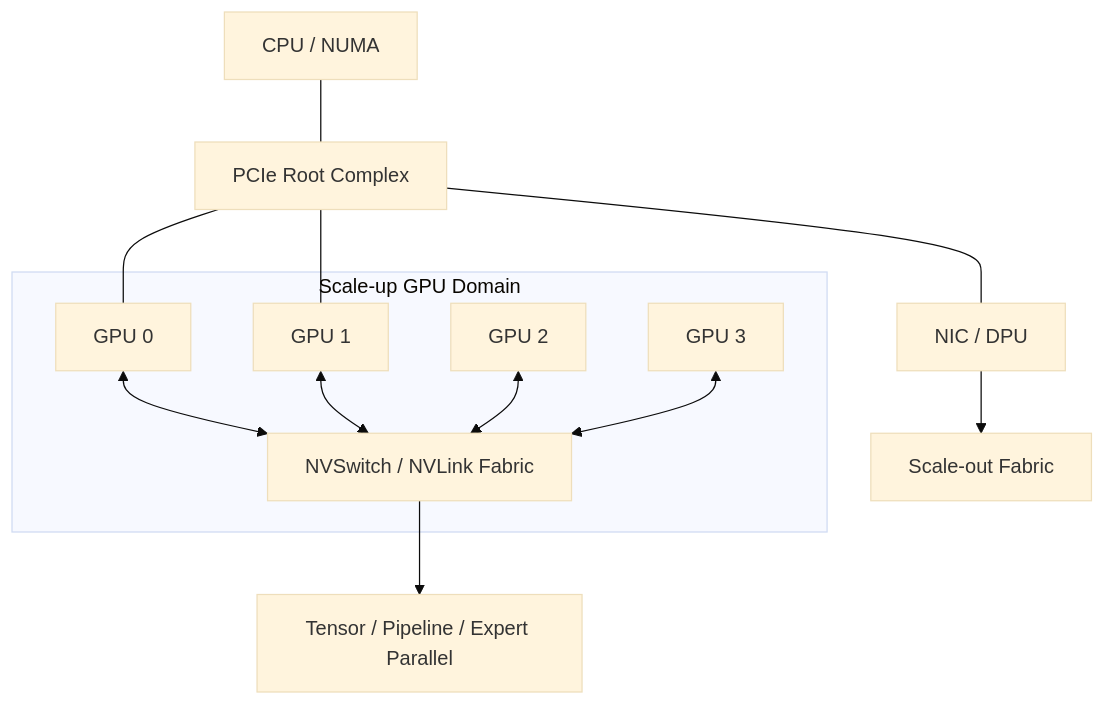
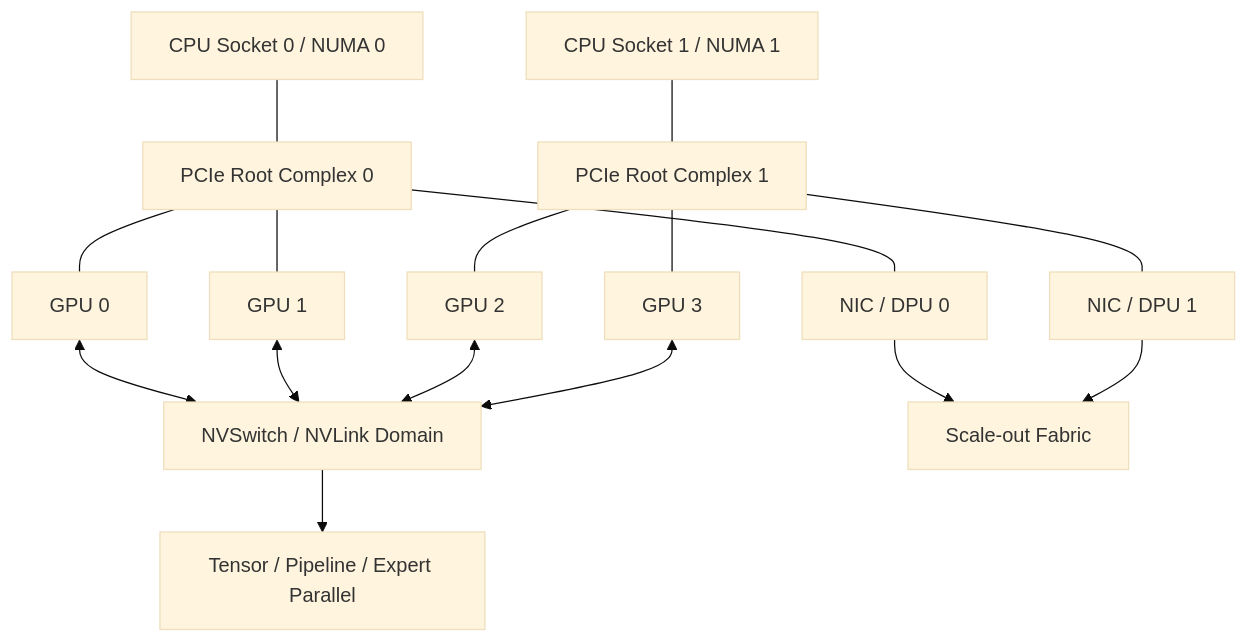
One commit to ikingye/ai-factory-engineering changed the diagram in docs/part-07-network-storage/chapter-31-scale-up-networking.md. Above: the diagram before and after it, drawn with Mermaid (base theme). The commit also changed other lines of this file and 3 other files, not shown here.

````diff
--- a/docs/part-07-network-storage/chapter-31-scale-up-networking.md
+++ b/docs/part-07-network-storage/chapter-31-scale-up-networking.md
@@ -23,17 +49,18 @@
 ```mermaid
 flowchart TB
-  CPU["CPU / NUMA"] --- PCIe["PCIe Root Complex"]
-  PCIe --- GPU0["GPU 0"]
-  PCIe --- GPU1["GPU 1"]
-  PCIe --- NIC["NIC / DPU"]
-
-  subgraph NVDomain["Scale-up GPU Domain"]
-    GPU0 <--> NVSwitch["NVSwitch / NVLink Fabric"]
-    GPU1 <--> NVSwitch
-    GPU2["GPU 2"] <--> NVSwitch
-    GPU3["GPU 3"] <--> NVSwitch
-  end
-
-  NVSwitch --> ModelParallel["Tensor / Pipeline / Expert Parallel"]
-  NIC --> ScaleOut["Scale-out Fabric"]
+  CPU0["CPU Socket 0 / NUMA 0"] --- PCIe0["PCIe Root Complex 0"]
+  CPU1["CPU Socket 1 / NUMA 1"] --- PCIe1["PCIe Root Complex 1"]
+  PCIe0 --- NIC0["NIC / DPU 0"]
+  PCIe1 --- NIC1["NIC / DPU 1"]
+  PCIe0 --- GPU0["GPU 0"]
+  PCIe0 --- GPU1["GPU 1"]
+  PCIe1 --- GPU2["GPU 2"]
+  PCIe1 --- GPU3["GPU 3"]
+  GPU0 <--> NVSW["NVSwitch / NVLink Domain"]
+  GPU1 <--> NVSW
+  GPU2 <--> NVSW
+  GPU3 <--> NVSW
+  NVSW --> MP["Tensor / Pipeline / Expert Parallel"]
+  NIC0 --> SO["Scale-out Fabric"]
+  NIC1 --> SO
 ```
````
